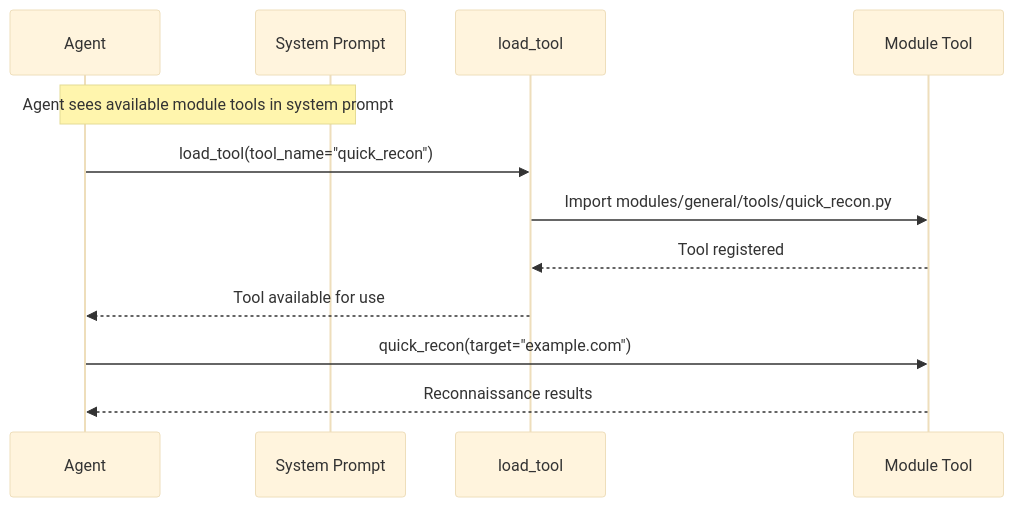
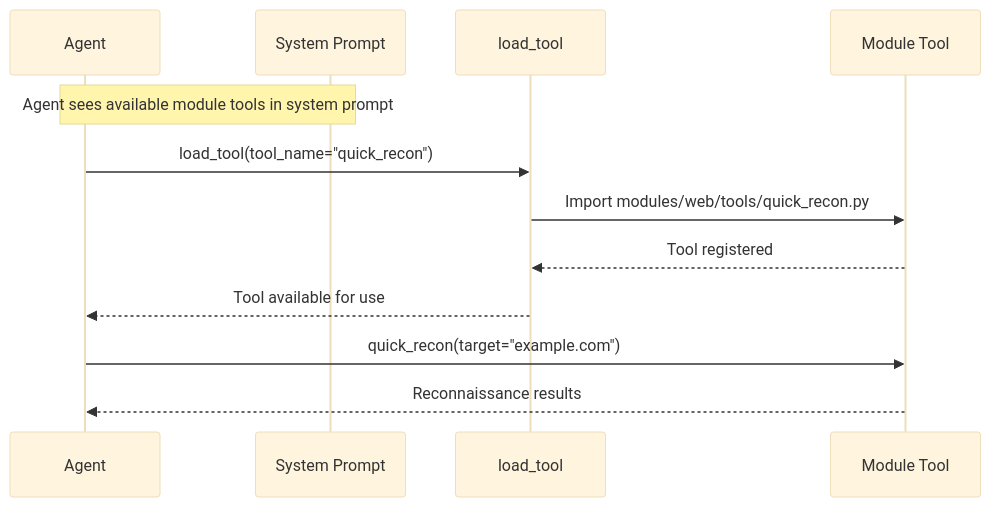
Before and after one commit to double16/Cyber-AutoAgent: the fourth of 5 diagrams in docs/prompt_management.md, drawn with Mermaid (base theme). The commit also changed other lines of this file and 43 other files, not shown here.

Commit message:
Rename module 'general' to 'web'. swarm tool allows model selection.

````diff
--- a/docs/prompt_management.md
+++ b/docs/prompt_management.md
@@ -218,15 +218,15 @@
 ```mermaid
 sequenceDiagram
     participant A as Agent
     participant S as System Prompt
     participant T as load_tool
     participant M as Module Tool
     
     Note over A,S: Agent sees available module tools in system prompt
     A->>T: load_tool(tool_name="quick_recon")
-    T->>M: Import modules/general/tools/quick_recon.py
+    T->>M: Import modules/web/tools/quick_recon.py
     M-->>T: Tool registered
     T-->>A: Tool available for use
     A->>M: quick_recon(target="example.com")
     M-->>A: Reconnaissance results
 ```
````
